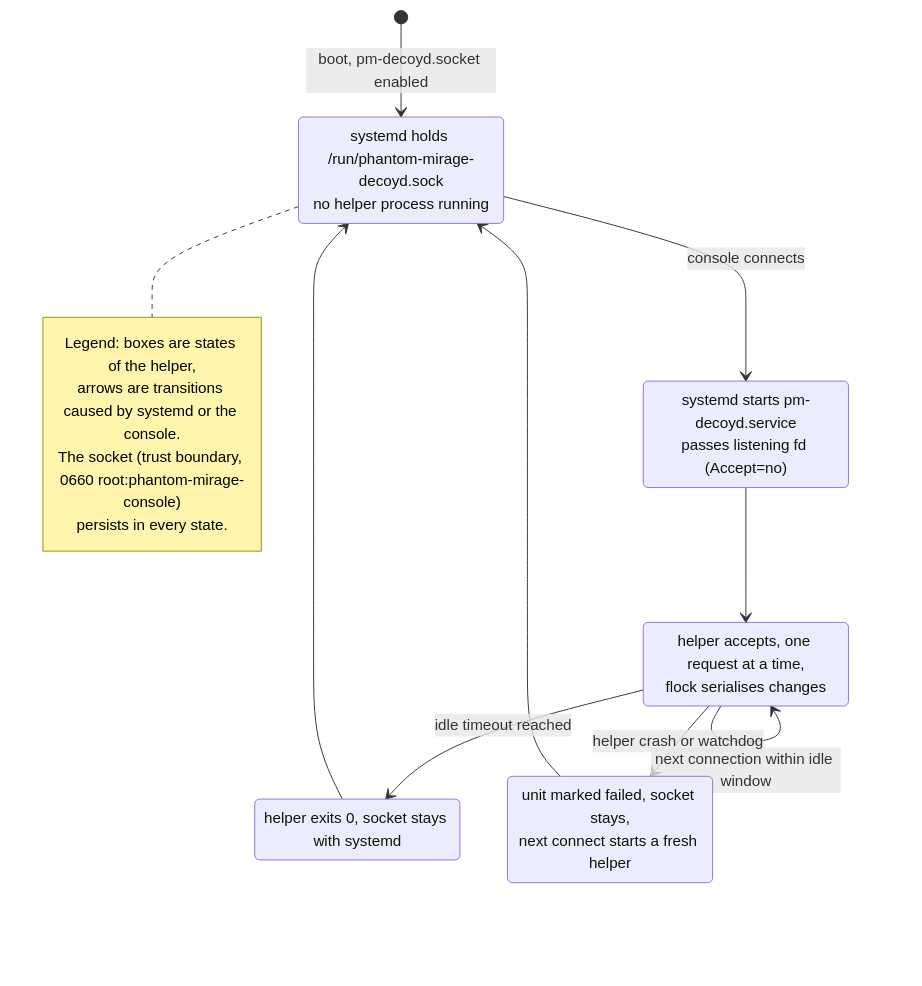
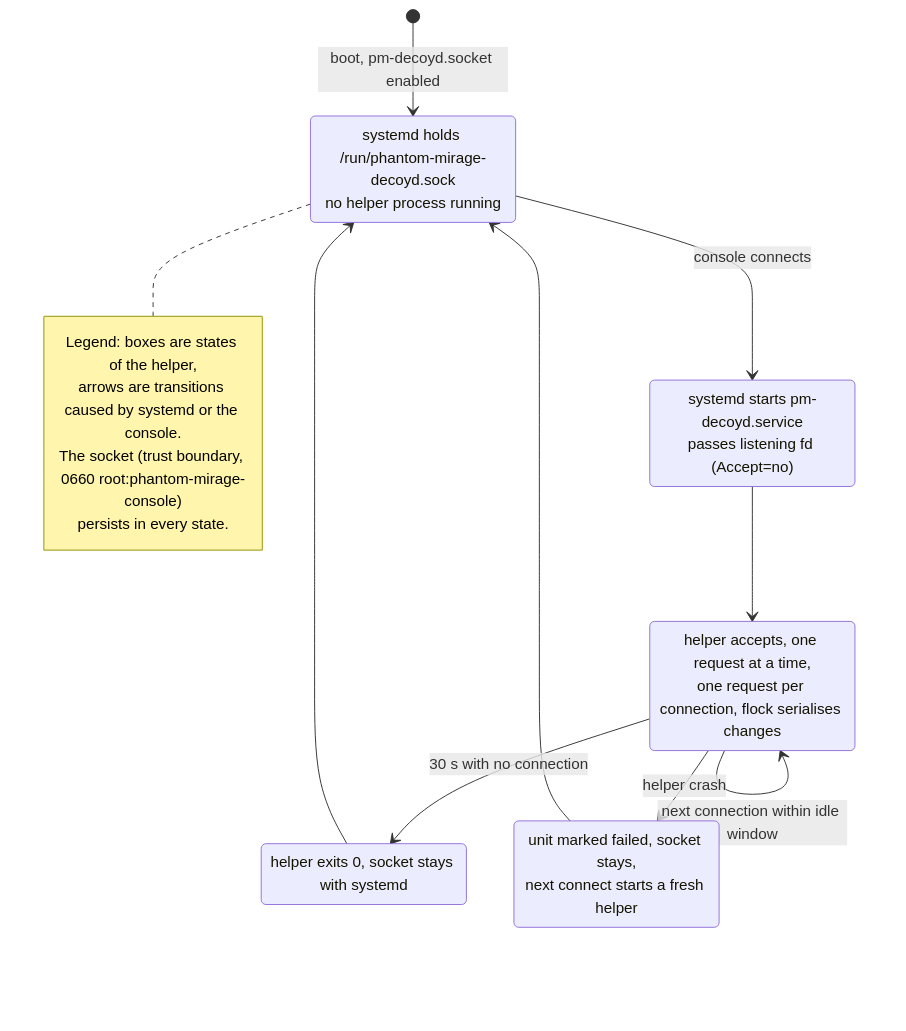
One commit to danieldejager/phantom-mirage changed the diagram in docs/design/img/src/05-socket-lifecycle.mmd. Above: the diagram before and after it, drawn with Mermaid. The commit also changed 12 other files, not shown here.

```diff
--- a/docs/design/img/src/05-socket-lifecycle.mmd
+++ b/docs/design/img/src/05-socket-lifecycle.mmd
@@ -1,20 +1,20 @@
 stateDiagram-v2
   [*] --> Listening: boot, pm-decoyd.socket enabled
   Listening: systemd holds /run/phantom-mirage-decoyd.sock<br/>no helper process running
   Listening --> Starting: console connects
   Starting: systemd starts pm-decoyd.service<br/>passes listening fd (Accept=no)
   Starting --> Serving
-  Serving: helper accepts, one request at a time,<br/>flock serialises changes
+  Serving: helper accepts, one request at a time,<br/>one request per connection, flock serialises changes
   Serving --> Serving: next connection within idle window
-  Serving --> Exiting: idle timeout reached
-  Serving --> Failed: helper crash or watchdog
+  Serving --> Exiting: 30 s with no connection
+  Serving --> Failed: helper crash
   Exiting: helper exits 0, socket stays with systemd
   Exiting --> Listening
   Failed: unit marked failed, socket stays,<br/>next connect starts a fresh helper
   Failed --> Listening
   note right of Listening
     Legend: boxes are states of the helper,
     arrows are transitions caused by systemd or the console.
     The socket (trust boundary, 0660 root:phantom-mirage-console)
     persists in every state.
   end note
```
